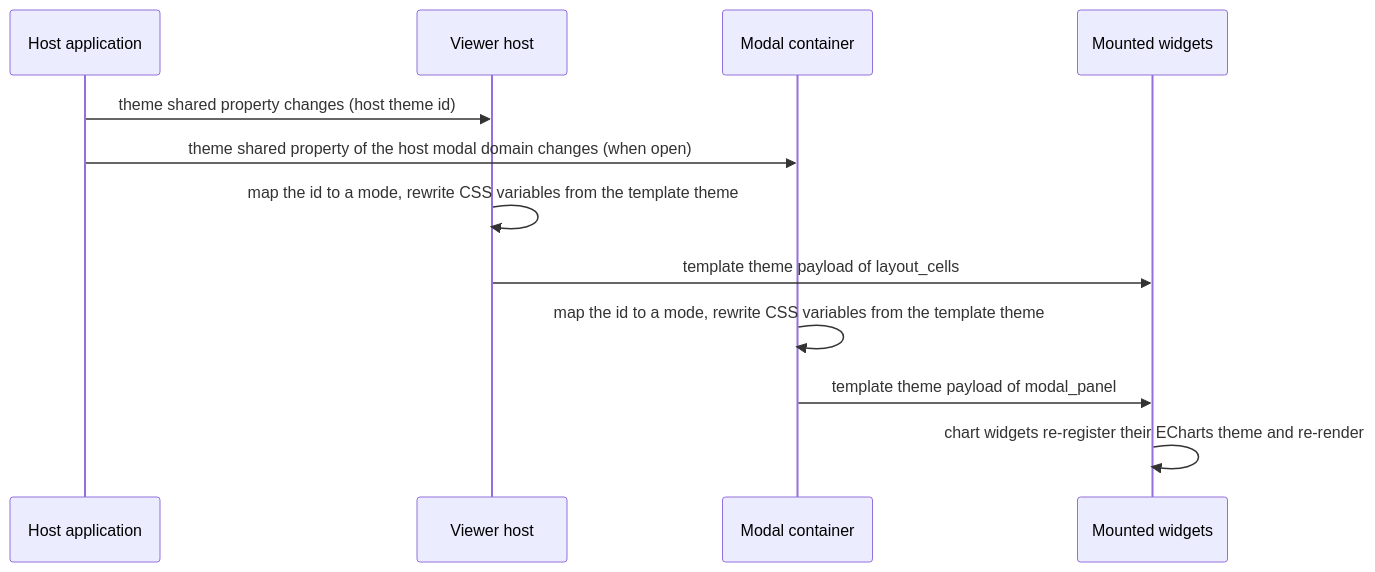
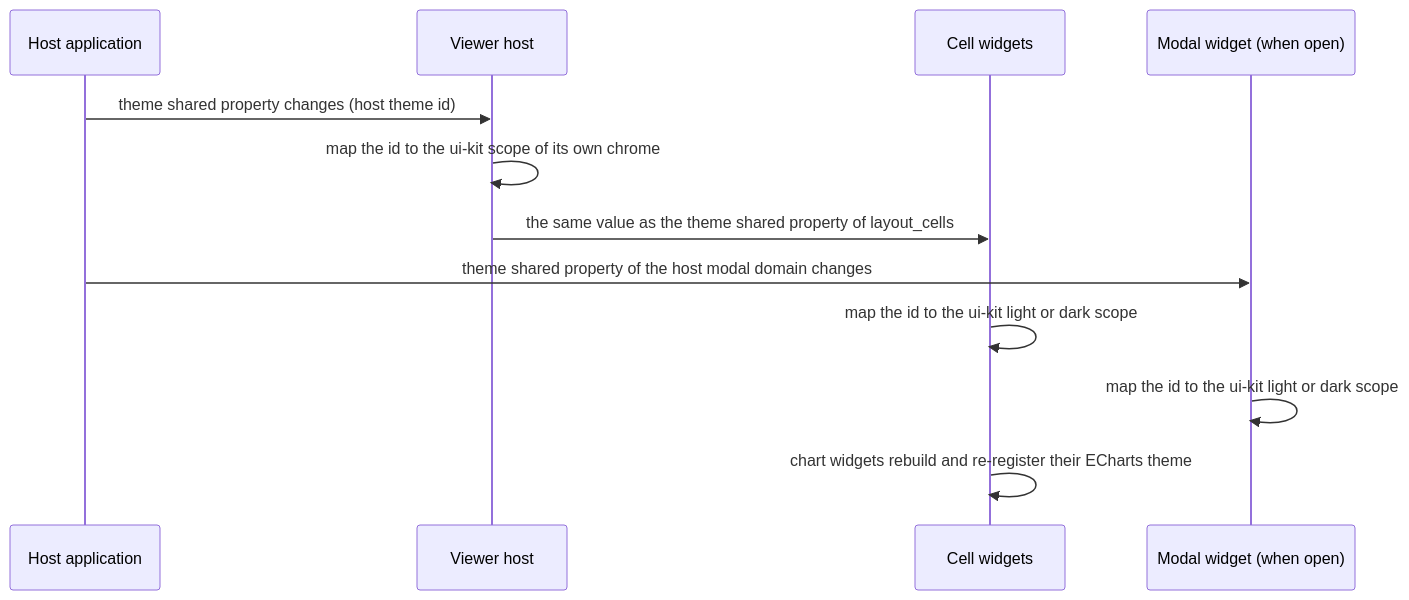
One commit to AndrejK666/gears-frontx-templates changed the sixth of 8 diagrams in template-dashboard/architecture/DESIGN.md. Above: the diagram before and after it, drawn with Mermaid. The commit also changed other lines of this file and 22 other files, not shown here.

Commit message:
docs(template-dashboard): per-widget metric requests and widget realizations

````diff
--- a/template-dashboard/architecture/DESIGN.md
+++ b/template-dashboard/architecture/DESIGN.md
@@ -871,15 +911,15 @@
 ```mermaid
 sequenceDiagram
     participant H as Host application
     participant VH as Viewer host
-    participant MC as Modal container
-    participant W as Mounted widgets
+    participant CW as Cell widgets
+    participant MW as Modal widget (when open)
 
     H->>VH: theme shared property changes (host theme id)
-    H->>MC: theme shared property of the host modal domain changes (when open)
-    VH->>VH: map the id to a mode, rewrite CSS variables from the template theme
-    VH->>W: template theme payload of layout_cells
-    MC->>MC: map the id to a mode, rewrite CSS variables from the template theme
-    MC->>W: template theme payload of modal_panel
-    W->>W: chart widgets re-register their ECharts theme and re-render
+    VH->>VH: map the id to the ui-kit scope of its own chrome
+    VH->>CW: the same value as the theme shared property of layout_cells
+    H->>MW: theme shared property of the host modal domain changes
+    CW->>CW: map the id to the ui-kit light or dark scope
+    MW->>MW: map the id to the ui-kit light or dark scope
+    CW->>CW: chart widgets rebuild and re-register their ECharts theme
 ```
````
